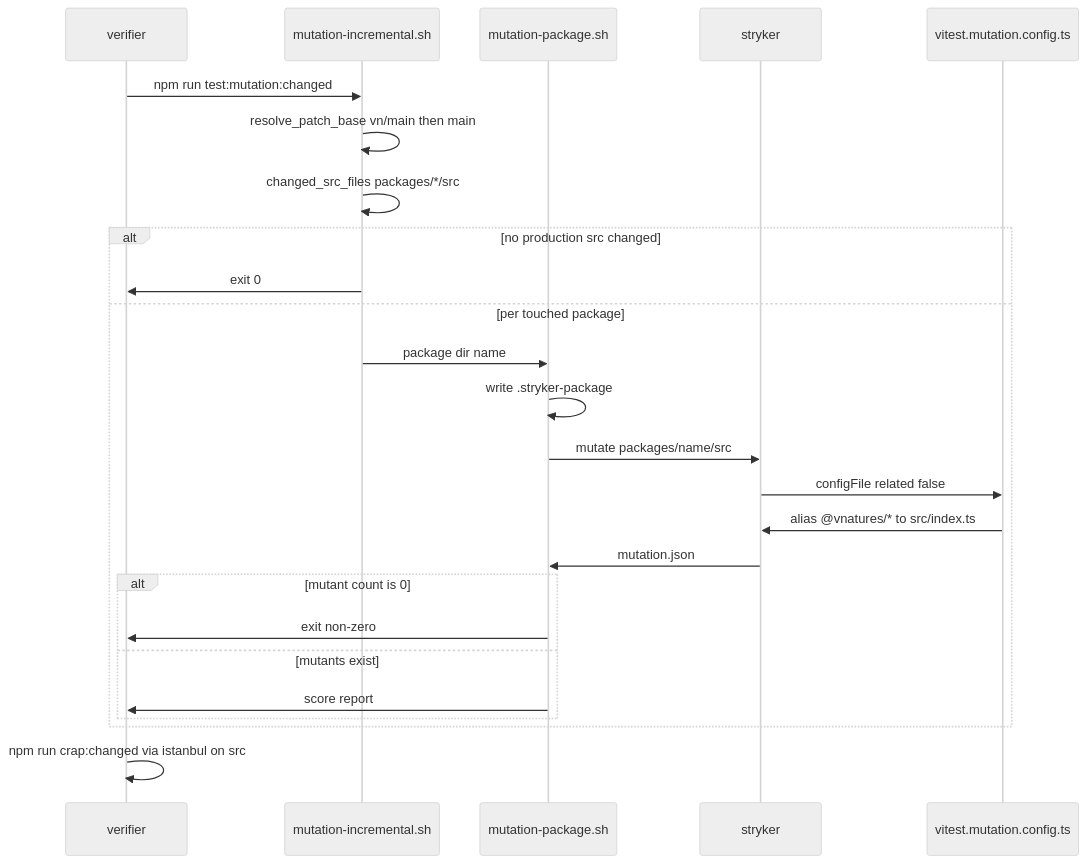
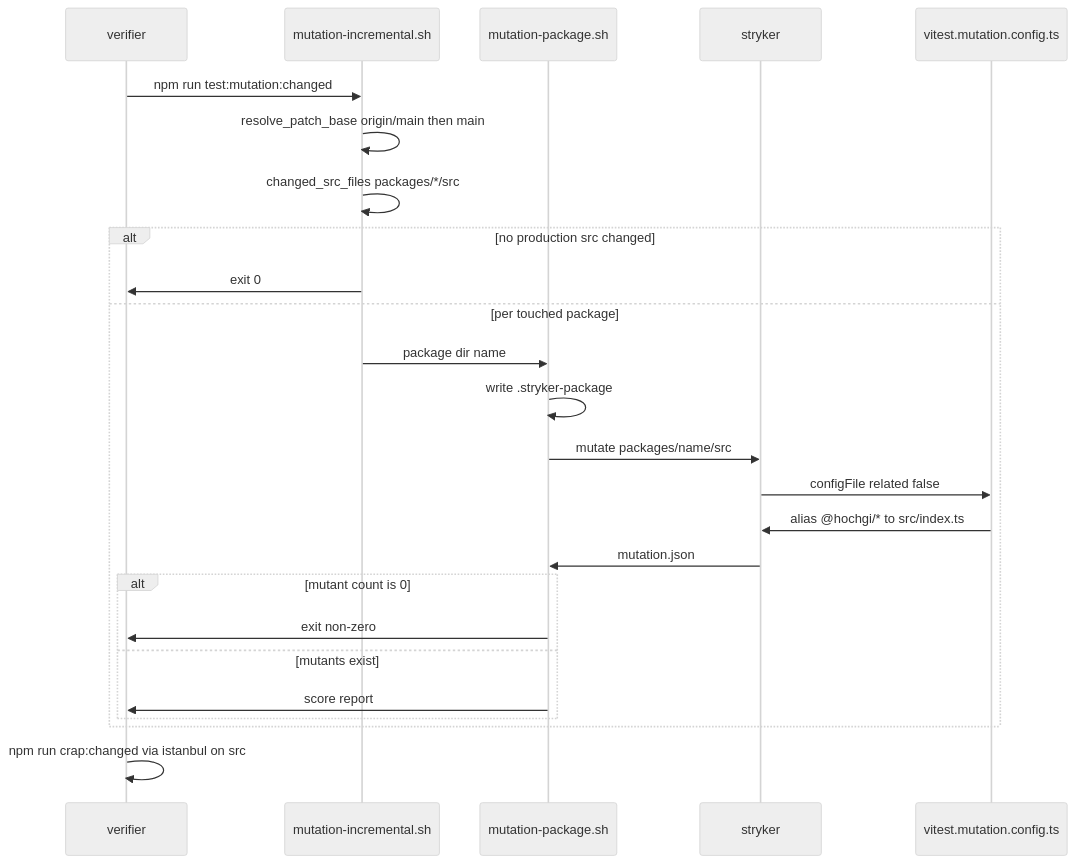
Before and after one commit to hochgi/test-kit: the third of 3 diagrams in docs/internal/spec/ci-gate.md, drawn with Mermaid (neutral theme). The commit also changed other lines of this file and 236 other files, not shown here.

````diff
--- a/docs/internal/spec/ci-gate.md
+++ b/docs/internal/spec/ci-gate.md
@@ -575,27 +560,27 @@
 ```mermaid
 sequenceDiagram
   participant V as verifier
   participant Inc as mutation-incremental.sh
   participant Pkg as mutation-package.sh
   participant S as stryker
   participant M as vitest.mutation.config.ts
   V->>Inc: npm run test:mutation:changed
-  Inc->>Inc: resolve_patch_base vn/main then main
+  Inc->>Inc: resolve_patch_base origin/main then main
   Inc->>Inc: changed_src_files packages/*/src
   alt no production src changed
     Inc->>V: exit 0
   else per touched package
     Inc->>Pkg: package dir name
     Pkg->>Pkg: write .stryker-package
     Pkg->>S: mutate packages/name/src
     S->>M: configFile related false
-    M->>S: alias @vnatures/* to src/index.ts
+    M->>S: alias @hochgi/* to src/index.ts
     S->>Pkg: mutation.json
     alt mutant count is 0
       Pkg->>V: exit non-zero
     else mutants exist
       Pkg->>V: score report
     end
   end
   V->>V: npm run crap:changed via istanbul on src
 ```
````
